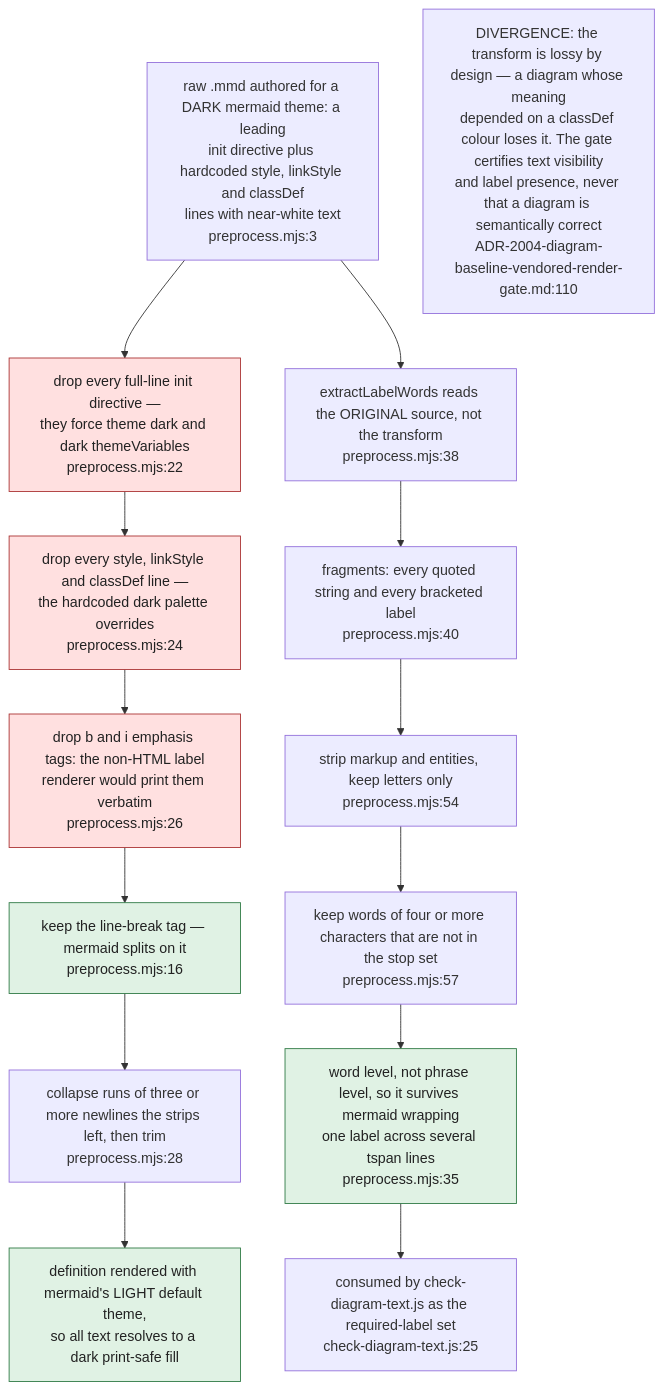
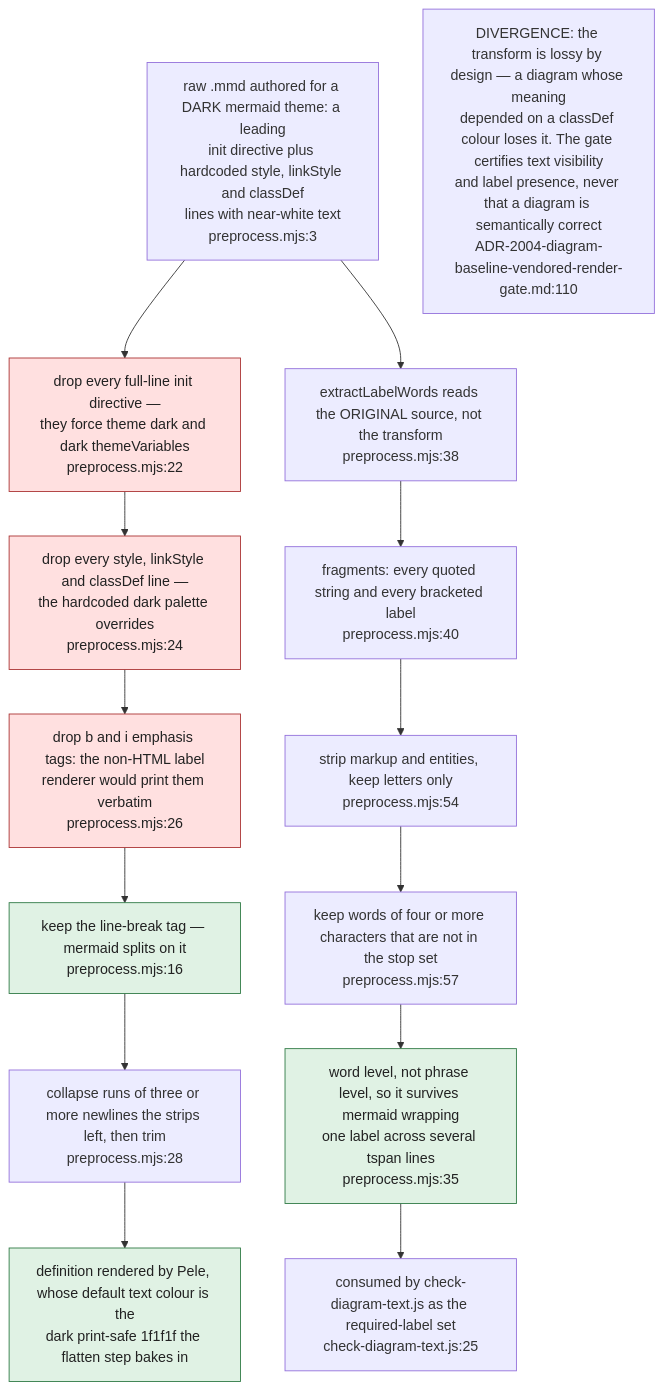
One commit to DreamLab-AI/VisionFlow changed the fifth of 15 diagrams in docs/diagrams/visionflow/06-diagram-tooling.md. Above: the diagram before and after it, drawn with Mermaid. The commit also changed other lines of this file and 160 other files, not shown here.

````diff
--- a/docs/diagrams/visionflow/06-diagram-tooling.md
+++ b/docs/diagrams/visionflow/06-diagram-tooling.md
@@ -193,23 +176,23 @@
 ```mermaid
 flowchart TB
     classDef strip fill:#ffe0e0,stroke:#aa3333,color:#222
     classDef keep fill:#e0f2e4,stroke:#2f7a45,color:#222
 
     RAW["raw .mmd authored for a DARK mermaid theme: a leading<br/>init directive plus hardcoded style, linkStyle and classDef<br/>lines with near-white text<br/>preprocess.mjs:3"]
 
     RAW --> T1["drop every full-line init directive —<br/>they force theme dark and dark themeVariables<br/>preprocess.mjs:22"]:::strip
     T1 --> T2["drop every style, linkStyle and classDef line —<br/>the hardcoded dark palette overrides<br/>preprocess.mjs:24"]:::strip
     T2 --> T3["drop b and i emphasis tags: the non-HTML label<br/>renderer would print them verbatim<br/>preprocess.mjs:26"]:::strip
     T3 --> T4["keep the line-break tag — mermaid splits on it<br/>preprocess.mjs:16"]:::keep
     T4 --> T5["collapse runs of three or more newlines the strips left, then trim<br/>preprocess.mjs:28"]
-    T5 --> OUT["definition rendered with mermaid's LIGHT default theme,<br/>so all text resolves to a dark print-safe fill"]:::keep
+    T5 --> OUT["definition rendered by Pele, whose default text colour is the<br/>dark print-safe 1f1f1f the flatten step bakes in"]:::keep
 
     RAW --> W1["extractLabelWords reads the ORIGINAL source, not the transform<br/>preprocess.mjs:38"]
     W1 --> W2["fragments: every quoted string and every bracketed label<br/>preprocess.mjs:40"]
     W2 --> W3["strip markup and entities, keep letters only<br/>preprocess.mjs:54"]
     W3 --> W4["keep words of four or more characters that are not in the stop set<br/>preprocess.mjs:57"]
     W4 --> W5["word level, not phrase level, so it survives mermaid wrapping<br/>one label across several tspan lines<br/>preprocess.mjs:35"]:::keep
     W5 --> CONS["consumed by check-diagram-text.js as the required-label set<br/>check-diagram-text.js:25"]
 
     NOTE["DIVERGENCE: the transform is lossy by design — a diagram whose meaning<br/>depended on a classDef colour loses it. The gate certifies text visibility<br/>and label presence, never that a diagram is semantically correct<br/>ADR-2004-diagram-baseline-vendored-render-gate.md:110"]
 ```
````
